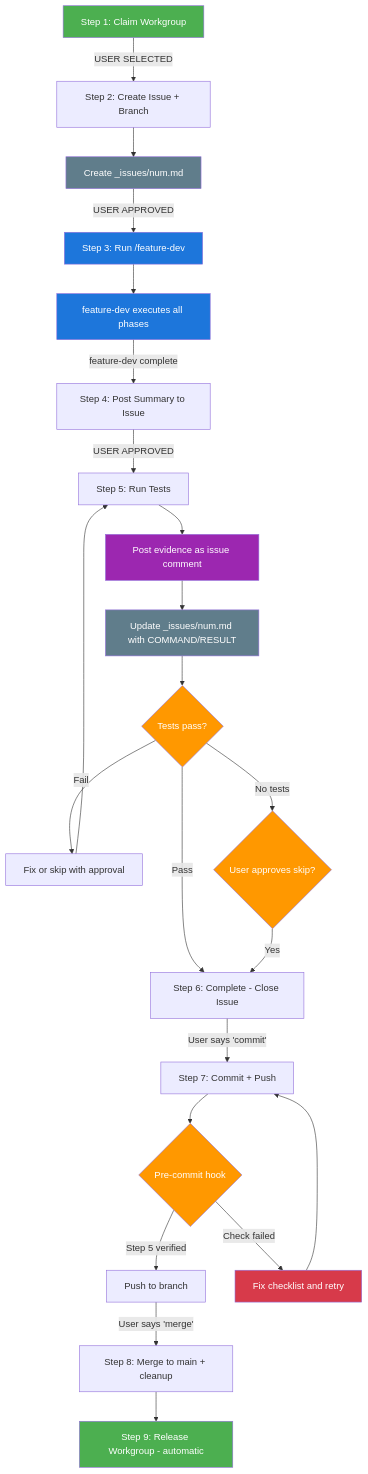
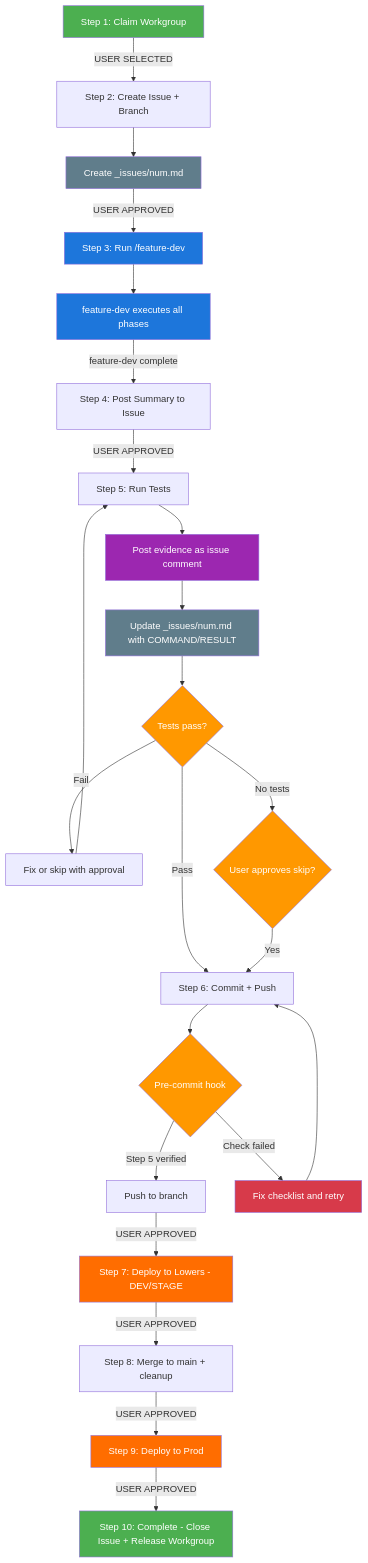
One commit to mblua/todo-workflow changed the first of 5 diagrams in docs/WORKFLOW_DIAGRAM.md. Above: the diagram before and after it, drawn with Mermaid. The commit also changed other lines of this file and 7 other files, not shown here.

First line of the commit message:
feat: 10-step workflow with deploy steps + slug branch naming (3.0.0)

````diff
--- a/docs/WORKFLOW_DIAGRAM.md
+++ b/docs/WORKFLOW_DIAGRAM.md
@@ -7,36 +7,39 @@
 ```mermaid
 flowchart TD
     S1[Step 1: Claim Workgroup] -->|USER SELECTED| S2
     S2[Step 2: Create Issue + Branch] --> CL2[Create _issues/num.md]
     CL2 -->|USER APPROVED| S3
     S3[Step 3: Run /feature-dev] --> FD[feature-dev executes all phases]
     FD -->|feature-dev complete| S4
     S4[Step 4: Post Summary to Issue] -->|USER APPROVED| S5
     S5[Step 5: Run Tests] --> EV5[Post evidence as issue comment]
     EV5 --> CL5[Update _issues/num.md with COMMAND/RESULT]
     CL5 --> RESULT{Tests pass?}
     RESULT -->|Pass| S6
     RESULT -->|Fail| FIX[Fix or skip with approval] --> S5
     RESULT -->|No tests| SKIP{User approves skip?}
     SKIP -->|Yes| S6
-    S6[Step 6: Complete - Close Issue] -->|User says 'commit'| S7
-    S7[Step 7: Commit + Push] --> HOOK{Pre-commit hook}
-    HOOK -->|Step 5 verified| S7OK[Push to branch]
-    HOOK -->|Check failed| S7FAIL[Fix checklist and retry]
-    S7FAIL --> S7
-    S7OK -->|User says 'merge'| S8
-    S8[Step 8: Merge to main + cleanup] --> S9
-    S9[Step 9: Release Workgroup - automatic]
+    S6[Step 6: Commit + Push] --> HOOK{Pre-commit hook}
+    HOOK -->|Step 5 verified| S6OK[Push to branch]
+    HOOK -->|Check failed| S6FAIL[Fix checklist and retry]
+    S6FAIL --> S6
+    S6OK -->|USER APPROVED| S7
+    S7[Step 7: Deploy to Lowers - DEV/STAGE] -->|USER APPROVED| S8
+    S8[Step 8: Merge to main + cleanup] -->|USER APPROVED| S9
+    S9[Step 9: Deploy to Prod] -->|USER APPROVED| S10
+    S10[Step 10: Complete - Close Issue + Release Workgroup]
 
     style S1 fill:#4CAF50,color:#fff
     style S3 fill:#1D76DB,color:#fff
-    style S9 fill:#4CAF50,color:#fff
+    style S10 fill:#4CAF50,color:#fff
     style RESULT fill:#FF9800,color:#fff
     style SKIP fill:#FF9800,color:#fff
     style HOOK fill:#FF9800,color:#fff
-    style S7FAIL fill:#D73A4A,color:#fff
+    style S6FAIL fill:#D73A4A,color:#fff
     style EV5 fill:#9C27B0,color:#fff
     style CL2 fill:#607D8B,color:#fff
     style CL5 fill:#607D8B,color:#fff
     style FD fill:#1D76DB,color:#fff
+    style S7 fill:#FF6D00,color:#fff
+    style S9 fill:#FF6D00,color:#fff
 ```
````
